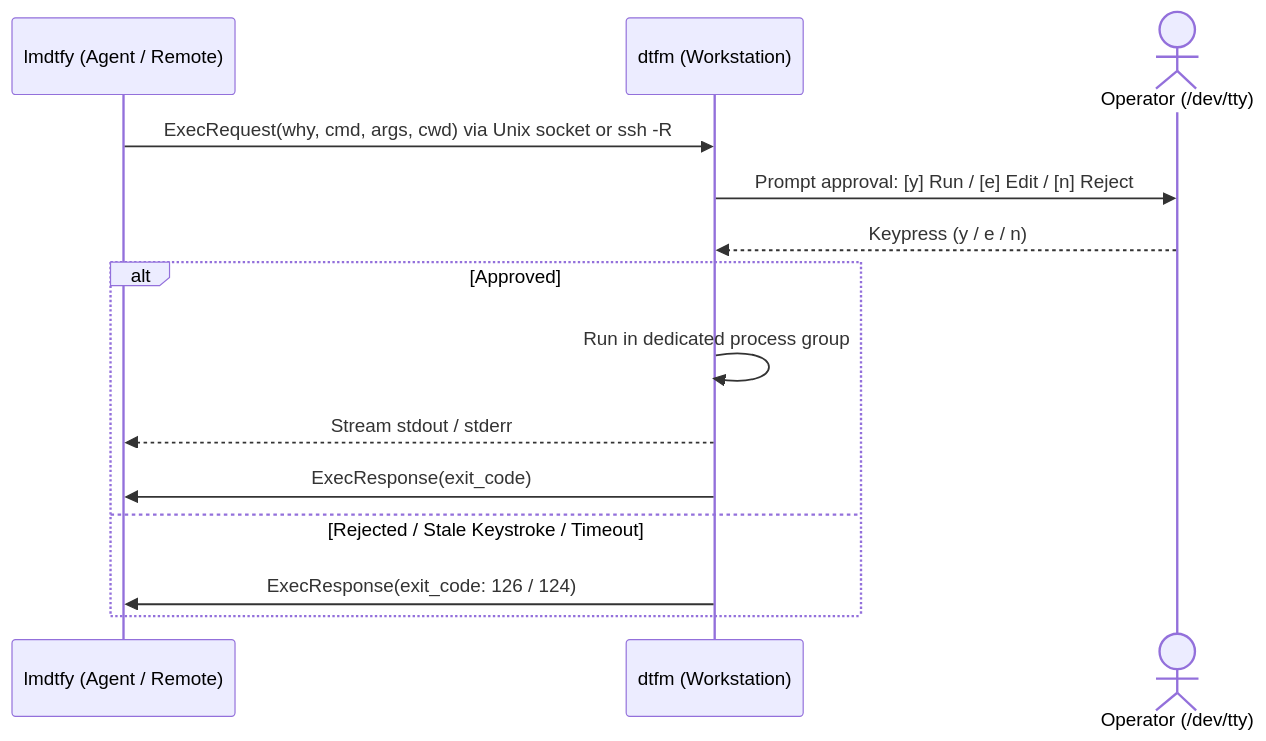
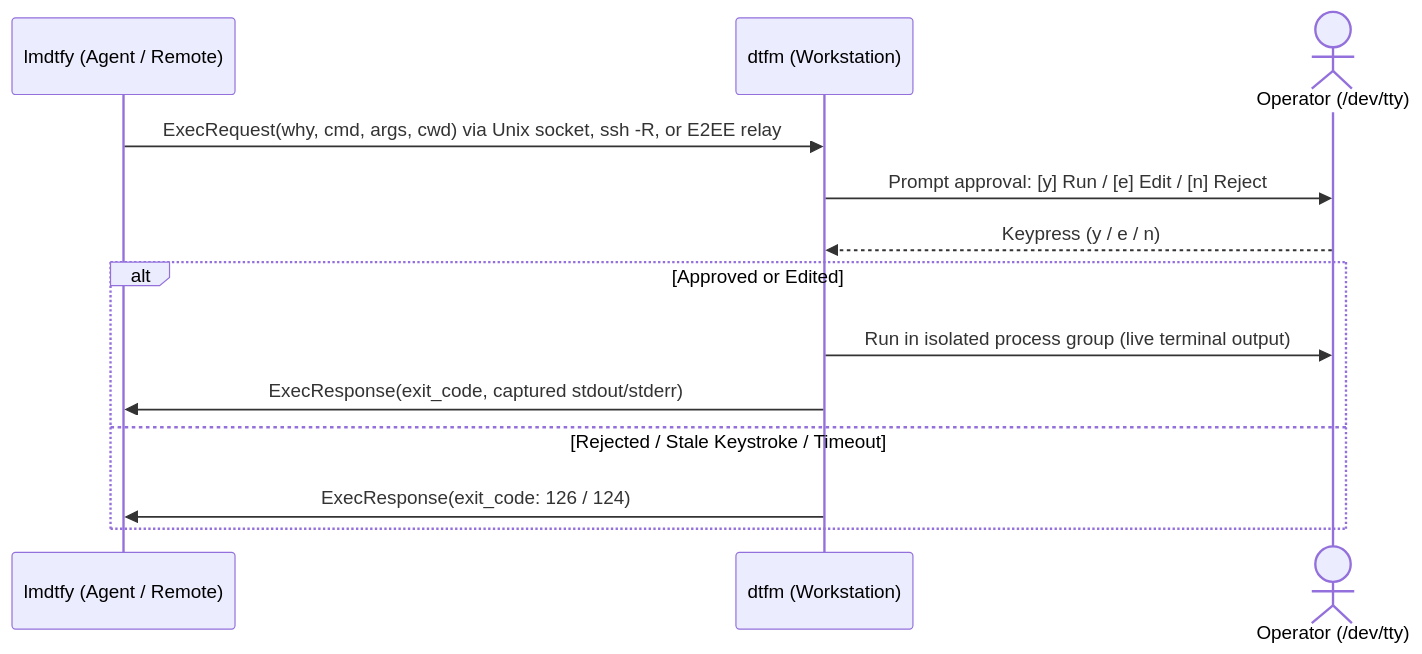
One commit to iinozemtsev-lab/dtfm changed the diagram in README.md. Above: the diagram before and after it, drawn with Mermaid. The commit also changed other lines of this file, not shown here.

Commit message:
docs(readme): add operator prompt preview and sync Architecture & CLI reference

````diff
--- a/README.md
+++ b/README.md
@@ -122,17 +131,16 @@
 ```mermaid
 sequenceDiagram
     participant LMDTFY as lmdtfy (Agent / Remote)
     participant DTFM as dtfm (Workstation)
     actor Operator as Operator (/dev/tty)
 
-    LMDTFY->>DTFM: ExecRequest(why, cmd, args, cwd) via Unix socket or ssh -R
+    LMDTFY->>DTFM: ExecRequest(why, cmd, args, cwd) via Unix socket, ssh -R, or E2EE relay
     DTFM->>Operator: Prompt approval: [y] Run / [e] Edit / [n] Reject
     Operator-->>DTFM: Keypress (y / e / n)
-    alt Approved
-        DTFM->>DTFM: Run in dedicated process group
-        DTFM-->>LMDTFY: Stream stdout / stderr
-        DTFM->>LMDTFY: ExecResponse(exit_code)
+    alt Approved or Edited
+        DTFM->>Operator: Run in isolated process group (live terminal output)
+        DTFM->>LMDTFY: ExecResponse(exit_code, captured stdout/stderr)
     else Rejected / Stale Keystroke / Timeout
         DTFM->>LMDTFY: ExecResponse(exit_code: 126 / 124)
     end
 ```
````
